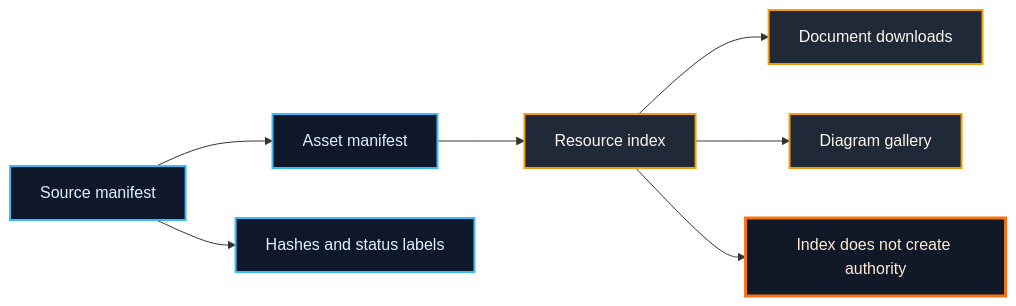
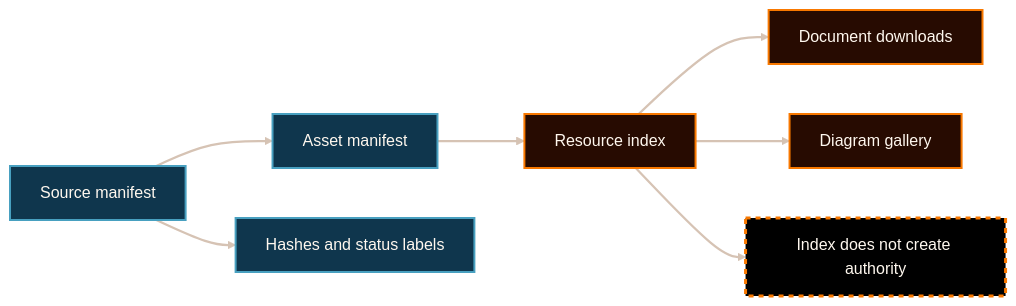
Before and after one commit to AngryOwlAI/The-AEther-Flow-Website: the diagram in docs/content-dossiers/resources-index/diagrams/resource-manifest-chain.mmd, drawn with Mermaid. The commit also changed 60 other files, not shown here.

```diff
--- a/docs/content-dossiers/resources-index/diagrams/resource-manifest-chain.mmd
+++ b/docs/content-dossiers/resources-index/diagrams/resource-manifest-chain.mmd
@@ -1,14 +1,41 @@
+---
+config:
+  theme: base
+  themeVariables:
+    darkMode: true
+    background: "#000000"
+    primaryColor: "#050403"
+    primaryTextColor: "#fff8ef"
+    primaryBorderColor: "#d6c3b4"
+    lineColor: "#d6c3b4"
+    fontFamily: "Inter, ui-sans-serif, system-ui, -apple-system, BlinkMacSystemFont, Segoe UI, sans-serif"
+    fontSize: "16px"
+    clusterBkg: "#080401"
+    clusterBorder: "#d6c3b4"
+    edgeLabelBackground: "#000000"
+---
+
 flowchart LR
   sourceManifest["Source manifest"] --> assetManifest["Asset manifest"]
   assetManifest --> resources["Resource index"]
   resources --> documents["Document downloads"]
   resources --> diagrams["Diagram gallery"]
   sourceManifest --> hashes["Hashes and status labels"]
   resources --> boundary["Index does not create authority"]
 
-  classDef source fill:#0f172a,stroke:#38bdf8,color:#e0f2fe,stroke-width:2px;
-  classDef control fill:#1f2937,stroke:#f59e0b,color:#fff7ed,stroke-width:2px;
-  classDef boundary fill:#111827,stroke:#f97316,color:#ffedd5,stroke-width:3px;
-  class sourceManifest,assetManifest,hashes source;
-  class resources,documents,diagrams control;
+  classDef default fill:#050403,stroke:#d6c3b4,color:#fff8ef,stroke-width:1.5px;
+  classDef source fill:#0f364d,stroke:#48a0c0,color:#fff8ef,stroke-width:2px;
+  classDef control fill:#270b01,stroke:#f87800,color:#fff8ef,stroke-width:2px;
+  classDef bridge fill:#164964,stroke:#f4d6a1,color:#fff8ef,stroke-width:2px;
+  classDef decision fill:#702000,stroke:#f87800,color:#fff8ef,stroke-width:2.25px;
+  classDef target fill:#2d7ea0,stroke:#f4d6a1,color:#ffffff,stroke-width:2px;
+  classDef success fill:#164964,stroke:#48a0c0,color:#fff8ef,stroke-width:2px;
+  classDef risk fill:#702000,stroke:#f87800,color:#fff8ef,stroke-width:2px,stroke-dasharray: 5 5;
+  classDef boundary fill:#000000,stroke:#f87800,color:#fff8ef,stroke-width:3px,stroke-dasharray: 5 5;
+  classDef external fill:#080401,stroke:#f4d6a1,color:#fff8ef,stroke-width:2px;
+
   class boundary boundary;
+  class diagrams,documents,resources control;
+  class assetManifest,hashes,sourceManifest source;
+
+  linkStyle default stroke:#d6c3b4,stroke-width:2.25px;
```
